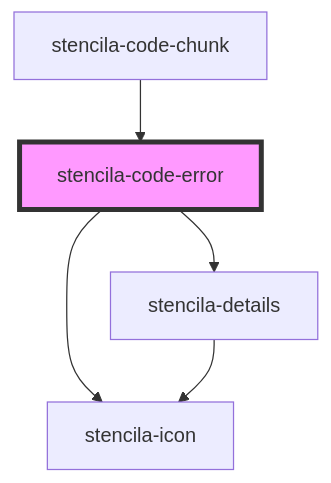
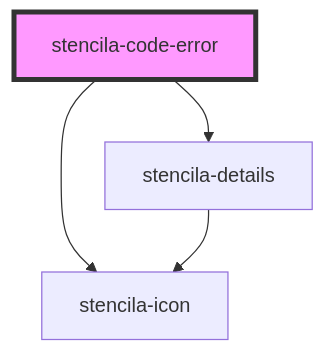
One commit to stencila/designa changed the diagram in packages/components/src/components/error/readme.md. Above: the diagram before and after it, drawn with Mermaid. The commit also changed other lines of this file and 9 other files, not shown here.

````diff
--- a/packages/components/src/components/error/readme.md
+++ b/packages/components/src/components/error/readme.md
@@ -27,8 +23,7 @@
 ```mermaid
 graph TD;
   stencila-code-error --> stencila-icon
   stencila-code-error --> stencila-details
   stencila-details --> stencila-icon
-  stencila-code-chunk --> stencila-code-error
   style stencila-code-error fill:#f9f,stroke:#333,stroke-width:4px
 ```
````
